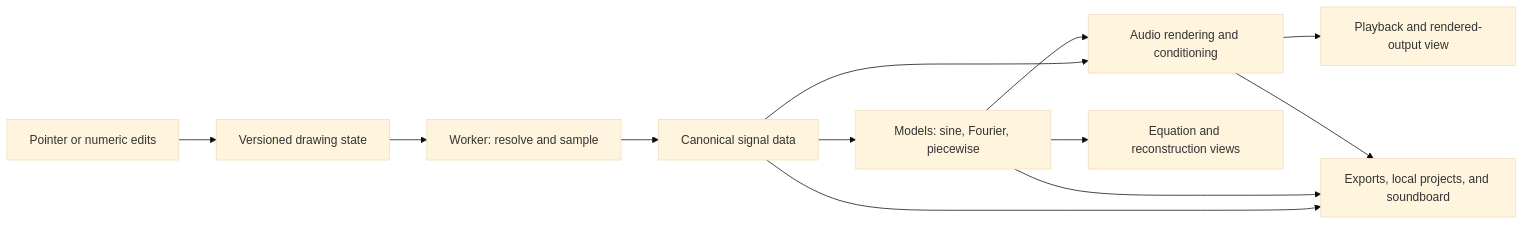
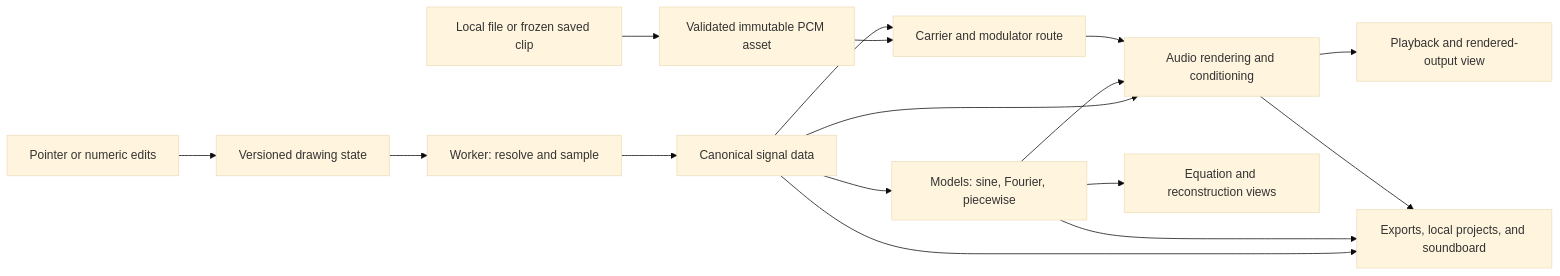
One commit to CurtisTechSolutions/SIGINTTool changed the diagram in docs/TECHNICAL_DESIGN.md. Above: the diagram before and after it, drawn with Mermaid (base theme). The commit also changed other lines of this file, not shown here.

Commit message:
docs: specify audio imports and clip-driven modulation

```diff
--- a/docs/TECHNICAL_DESIGN.md
+++ b/docs/TECHNICAL_DESIGN.md
@@ -18,14 +18,18 @@
 ~~~mermaid
 flowchart LR
     A[Pointer or numeric edits] --> B[Versioned drawing state]
     B --> C[Worker: resolve and sample]
     C --> D[Canonical signal data]
     D --> E[Models: sine, Fourier, piecewise]
     D --> F[Audio rendering and conditioning]
     E --> F
+    J[Local file or frozen saved clip] --> K[Validated immutable PCM asset]
+    K --> L[Carrier and modulator route]
+    D --> L
+    L --> F
     E --> G[Equation and reconstruction views]
     F --> H[Playback and rendered-output view]
     D --> I[Exports, local projects, and soundboard]
     E --> I
     F --> I
 ~~~
```
